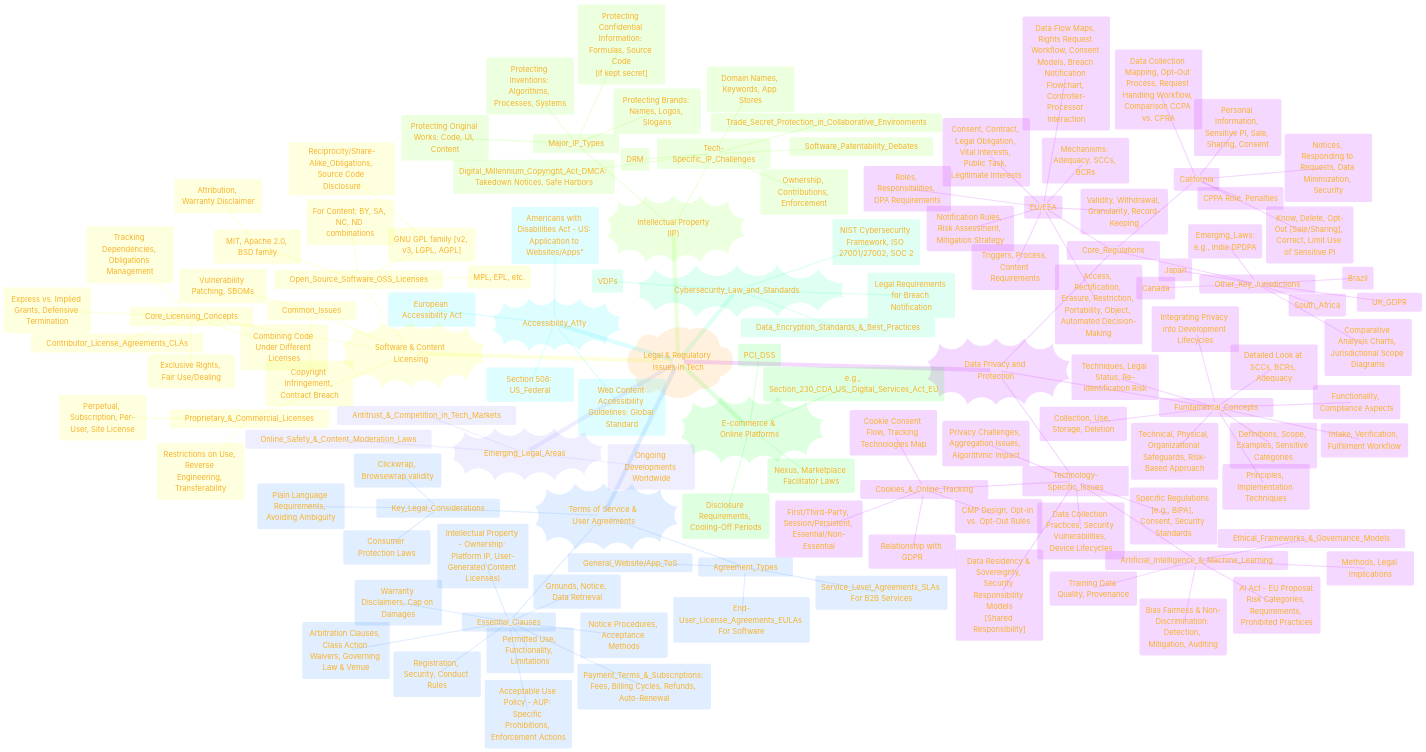
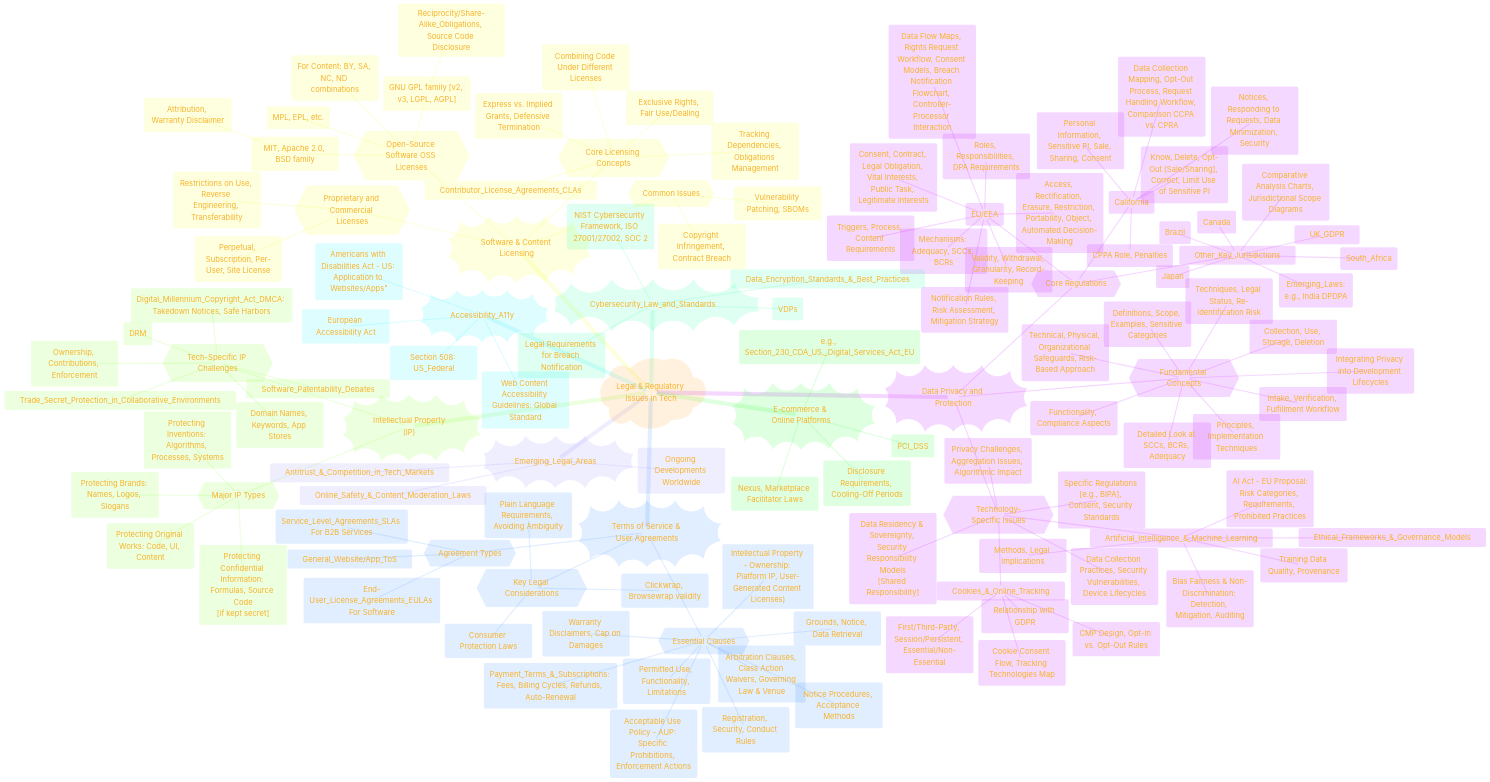
One commit to CongLeSolutionX/LegalLens changed the second of 4 diagrams in README.md. Above: the diagram before and after it, drawn with Mermaid.

```diff
--- a/README.md
+++ b/README.md
@@ -164,7 +164,7 @@
 mindmap
     root)"Legal & Regulatory Issues in Tech"(
         Data_Privacy_and_Protection))"Data Privacy and Protection"((
-            Core_Regulations
+            Core_Regulations{{"Core Regulations"}}
                 GDPR_(EU/EEA)
                     Data_Subject_Rights(Access, Rectification, Erasure, Restriction, Portability, Object, Automated Decision-Making)
                     Lawful_Basis_for_Processing(Consent, Contract, Legal Obligation, Vital Interests, Public Task, Legitimate Interests)
@@ -188,7 +188,7 @@
                     UK_GDPR
                     Emerging_Laws_("Emerging_Laws:<br/>e.g., India DPDPA")
                     Visualizations(Comparative Analysis Charts, Jurisdictional Scope Diagrams)
-            Fundamental_Concepts
+            Fundamental_Concepts{{"Fundamental Concepts"}}
                 Personal_Data_vs_PII(Definitions, Scope, Examples, Sensitive Categories)
                 Data_Lifecycle_Management(Collection, Use, Storage, Deletion)
                 Data_Minimization_&_Purpose_Limitation(Principles, Implementation Techniques)
@@ -198,7 +198,7 @@
                 Cross_Border_Transfer_Mechanisms(Detailed Look at SCCs, BCRs, Adequacy)
                 Anonymization_vs_Pseudonymization(Techniques, Legal Status, Re-identification Risk)
                 Privacy_by_Design_&_Default(Integrating Privacy into Development Lifecycles)
-            Technology-Specific_Issues
+            Technology_Specific_Issues{{"Technology-Specific Issues"}}
                 Cookies_&_Online_Tracking
                     Cookie_Types(First/Third-Party, Session/Persistent, Essential/Non-Essential)
                     Consent_Banners_&_Mechanisms(CMP Design, Opt-In vs. Opt-Out Rules)
@@ -216,7 +216,7 @@
                 Biometric_Data_Processing("Specific Regulations [e.g., BIPA], Consent, Security Standards")
 
         ToS_ToU))"Terms of Service & User Agreements"((
-            Essential_Clauses
+            Essential_Clauses{{"Essential Clauses"}}
                 Service_Description_&_Scope(Permitted Use, Functionality, Limitations)
                 User_Accounts_&_Responsibilities(Registration, Security, Conduct Rules)
                 IP["Intellectual Property - Ownership: Platform IP, User-Generated Content Licenses)"]
@@ -226,43 +226,43 @@
                 Modification_of_Terms(Notice Procedures, Acceptance Methods)
                 Acceptable_Use_Policy_AUP("Acceptable Use Policy - AUP: Specific Prohibitions, Enforcement Actions")
                 Payment_Terms_&_Subscriptions("Payment_Terms_&_Subscriptions: Fees, Billing Cycles, Refunds, Auto-Renewal")
-            Agreement_Types
+            Agreement_Types{{"Agreement Types"}}
                 General_Website/App_ToS
                 End-User_License_Agreements_EULAs("End-User_License_Agreements_EULAs For Software")
                 Service_Level_Agreements_SLAs("Service_Level_Agreements_SLAs For B2B Services")
-            Key_Legal_Considerations
+            Key_Legal_Considerations{{"Key Legal Considerations"}}
                 Contract_Formation_&_Enforceability(Clickwrap, Browsewrap validity)
                 Clarity_&_Readability(Plain Language Requirements, Avoiding Ambiguity)
                 Unfair_Contract_Terms_Legislation(Consumer Protection Laws)
 
         Software_and_Content_Licensing))"Software & Content Licensing"((
-            Open_Source_Software_OSS_Licenses
+            Open_Source_Software_OSS_Licenses{{"Open-Source Software OSS Licenses"}}
                 Permissive_Licenses(MIT, Apache 2.0, BSD family)
                     Key_Permissions_&_Conditions(Attribution, Warranty Disclaimer)
                 Copyleft_Licenses("GNU GPL family [v2, v3, LGPL, AGPL]")
                     Reciprocity/Share-Alike_Obligations, Source Code Disclosure
                 Creative_Commons_CC_Licenses(For Content: BY, SA, NC, ND combinations)
                 Other_OSS_Licenses(MPL, EPL, etc.)
-            Proprietary_&_Commercial_Licenses
+            Proprietary_and_Commercial_Licenses{{"Proprietary and Commercial Licenses"}}
                 Common_Models(Perpetual, Subscription, Per-User, Site License)
                 EULAs(Restrictions on Use, Reverse Engineering, Transferability)
-            Core_Licensing_Concepts
+            Core_Licensing_Concepts{{"Core Licensing Concepts"}}
                 Copyright_Basics(Exclusive Rights, Fair Use/Dealing)
                 Patent_Grants_in_Licenses(Express vs. Implied Grants, Defensive Termination)
                 License_Compatibility_&_Interaction(Combining Code Under Different Licenses)
                 Compliance_&_Audits(Tracking Dependencies, Obligations Management)
                 Contributor_License_Agreements_CLAs
-            Common_Issues
+            Common_Issues{{"Common Issues"}}
                 License_Violation_Consequences(Copyright Infringement, Contract Breach)
                 OSS_Security_Management(Vulnerability Patching, SBOMs)
 
         Intellectual_Property))"Intellectual Property<br/>(IP)"((
-            Major_IP_Types
+            Major_IP_Types{{"Major IP Types"}}
                 Copyright(Protecting Original Works: Code, UI, Content)
                 Patents(Protecting Inventions: Algorithms, Processes, Systems)
                 Trademarks(Protecting Brands: Names, Logos, Slogans)
                 Trade_Secrets("Protecting Confidential Information: Formulas, Source Code<br>[if kept secret]")
-            Tech-Specific_IP_Challenges
+            Tech_Specific_IP_Challenges{{"Tech-Specific IP Challenges"}}
                 Software_Patentability_Debates
                 IP_Issues_in_OSS(Ownership, Contributions, Enforcement)
                 Digital_Millennium_Copyright_Act_DMCA("Digital_Millennium_Copyright_Act_DMCA: Takedown Notices, Safe Harbors")
```
